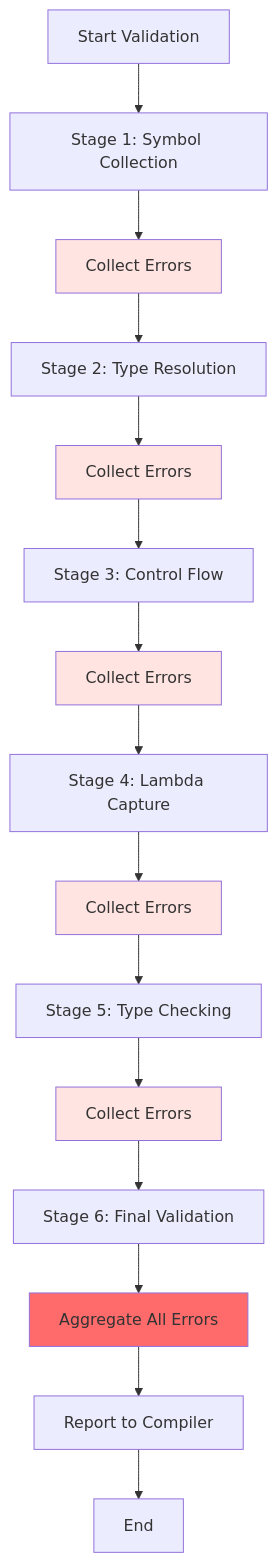
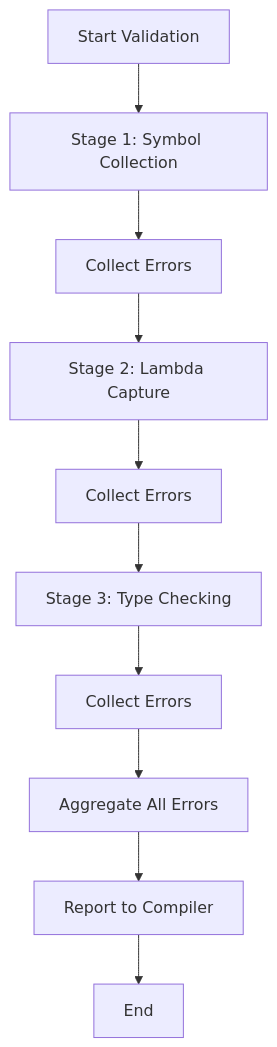
One commit to bosley/truk changed the ninth of 9 diagrams in docs/impl/typechecker.md. Above: the diagram before and after it, drawn with Mermaid. The commit also changed other lines of this file and 2 other files, not shown here.

````diff
--- a/docs/impl/typechecker.md
+++ b/docs/impl/typechecker.md
@@ -289,24 +255,12 @@
 ```mermaid
 flowchart TD
     Start[Start Validation] --> S1[Stage 1: Symbol Collection]
     S1 --> E1[Collect Errors]
-    E1 --> S2[Stage 2: Type Resolution]
+    E1 --> S2[Stage 2: Lambda Capture]
     S2 --> E2[Collect Errors]
-    E2 --> S3[Stage 3: Control Flow]
+    E2 --> S3[Stage 3: Type Checking]
     S3 --> E3[Collect Errors]
-    E3 --> S4[Stage 4: Lambda Capture]
-    S4 --> E4[Collect Errors]
-    E4 --> S5[Stage 5: Type Checking]
-    S5 --> E5[Collect Errors]
-    E5 --> S6[Stage 6: Final Validation]
-    S6 --> Aggregate[Aggregate All Errors]
+    E3 --> Aggregate[Aggregate All Errors]
     Aggregate --> Report[Report to Compiler]
     Report --> End[End]
-    
-    style E1 fill:#FFE4E1
-    style E2 fill:#FFE4E1
-    style E3 fill:#FFE4E1
-    style E4 fill:#FFE4E1
-    style E5 fill:#FFE4E1
-    style Aggregate fill:#FF6B6B
 ```
````
